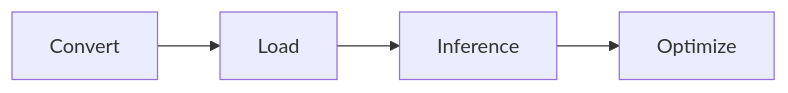
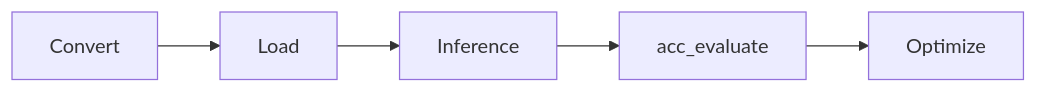
One commit to intel/neural-speed changed the diagram in developer_document.md. Above: the diagram before and after it, drawn with Mermaid. The commit also changed other lines of this file, not shown here.

````diff
--- a/developer_document.md
+++ b/developer_document.md
@@ -71,6 +71,7 @@
 ```mermaid
 graph LR;
     Convert-->Load;
     Load-->Inference;
-    Inference-->Optimize;
+    Inference-->acc_evaluate;
+    acc_evaluate-->Optimize;
 ```
````
